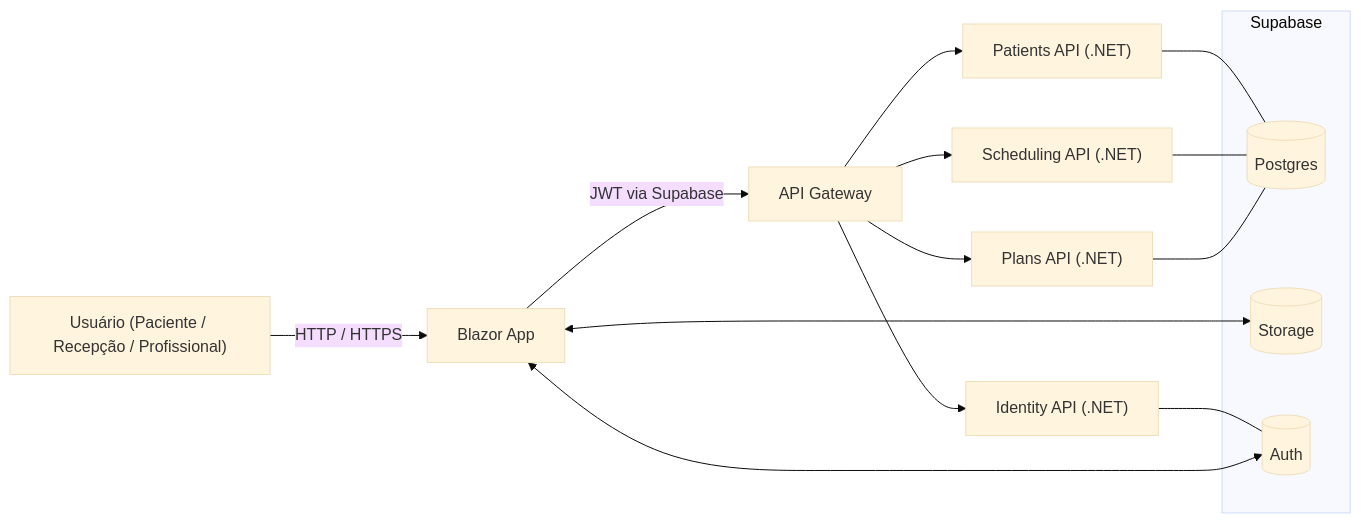
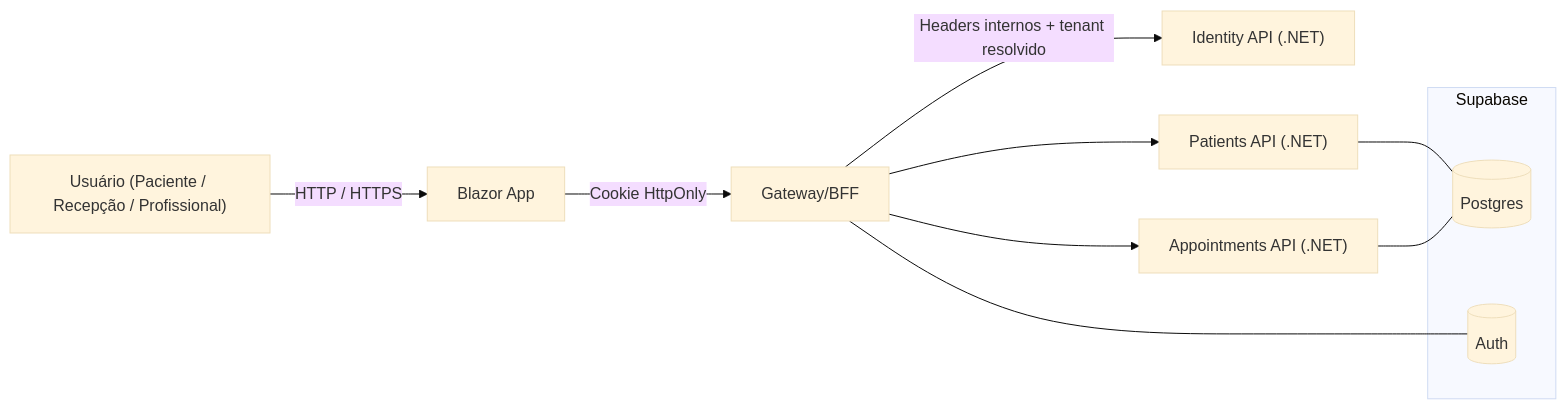
The first of 5 diagrams in README.md (coutinhogui/HealthTech), drawn with Mermaid (base theme) before and after one commit. The commit also changed other lines of this file and 80 other files, not shown here.

````diff
--- a/README.md
+++ b/README.md
@@ -109,22 +114,17 @@
 ```mermaid
 flowchart LR
   U["Usuário (Paciente / Recepção / Profissional)"] -->|"HTTP / HTTPS"| F["Blazor App"]
-  F -->|"JWT via Supabase"| G["API Gateway"]
-  G --> I["Identity API (.NET)"]
+  F -->|"Cookie HttpOnly"| G["Gateway/BFF"]
+  G -->|"Headers internos + tenant resolvido"| I["Identity API (.NET)"]
   G --> P["Patients API (.NET)"]
-  G --> S["Scheduling API (.NET)"]
-  G --> C["Plans API (.NET)"]
+  G --> S["Appointments API (.NET)"]
 
   subgraph Supabase
     DB[(Postgres)]
-    ST[(Storage)]
     AU[(Auth)]
   end
 
-  I --- AU
+  G --- AU
   P --- DB
   S --- DB
-  C --- DB
-  F <--> AU
-  F <--> ST
 ```
````
